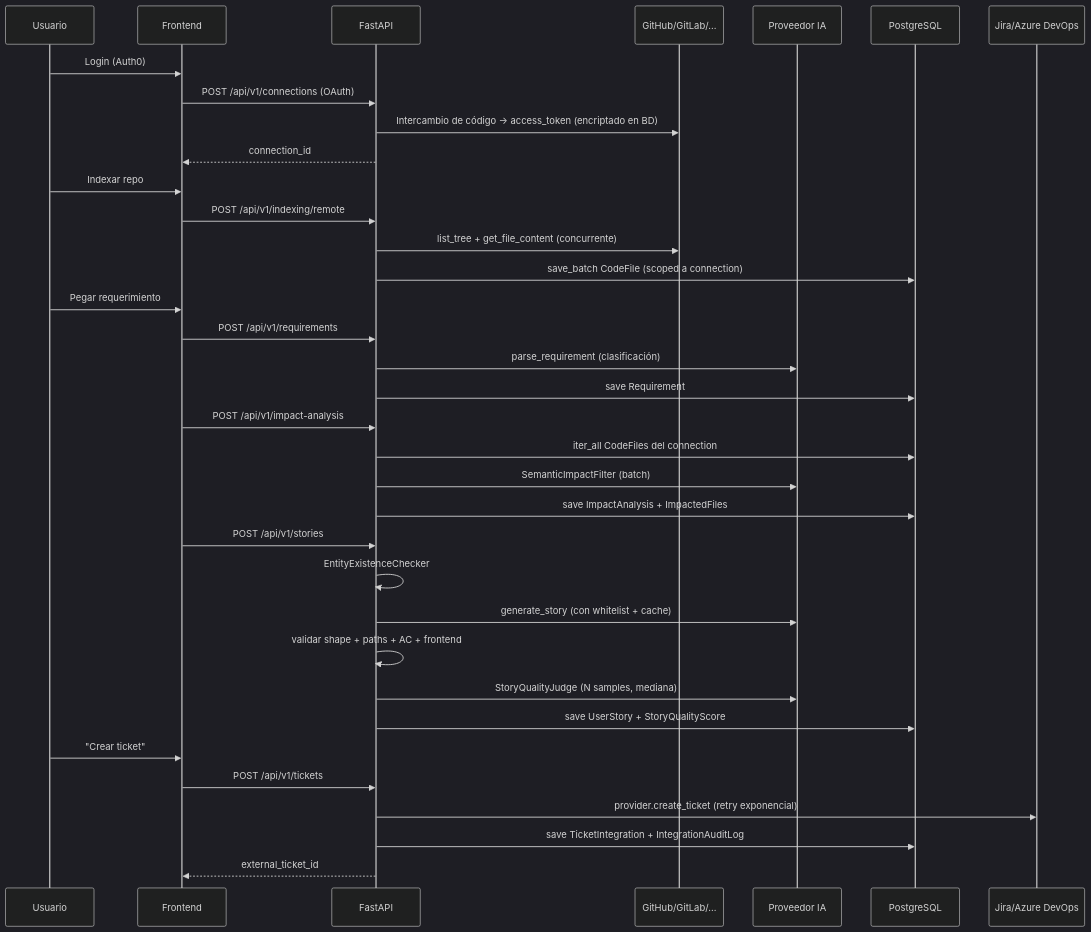
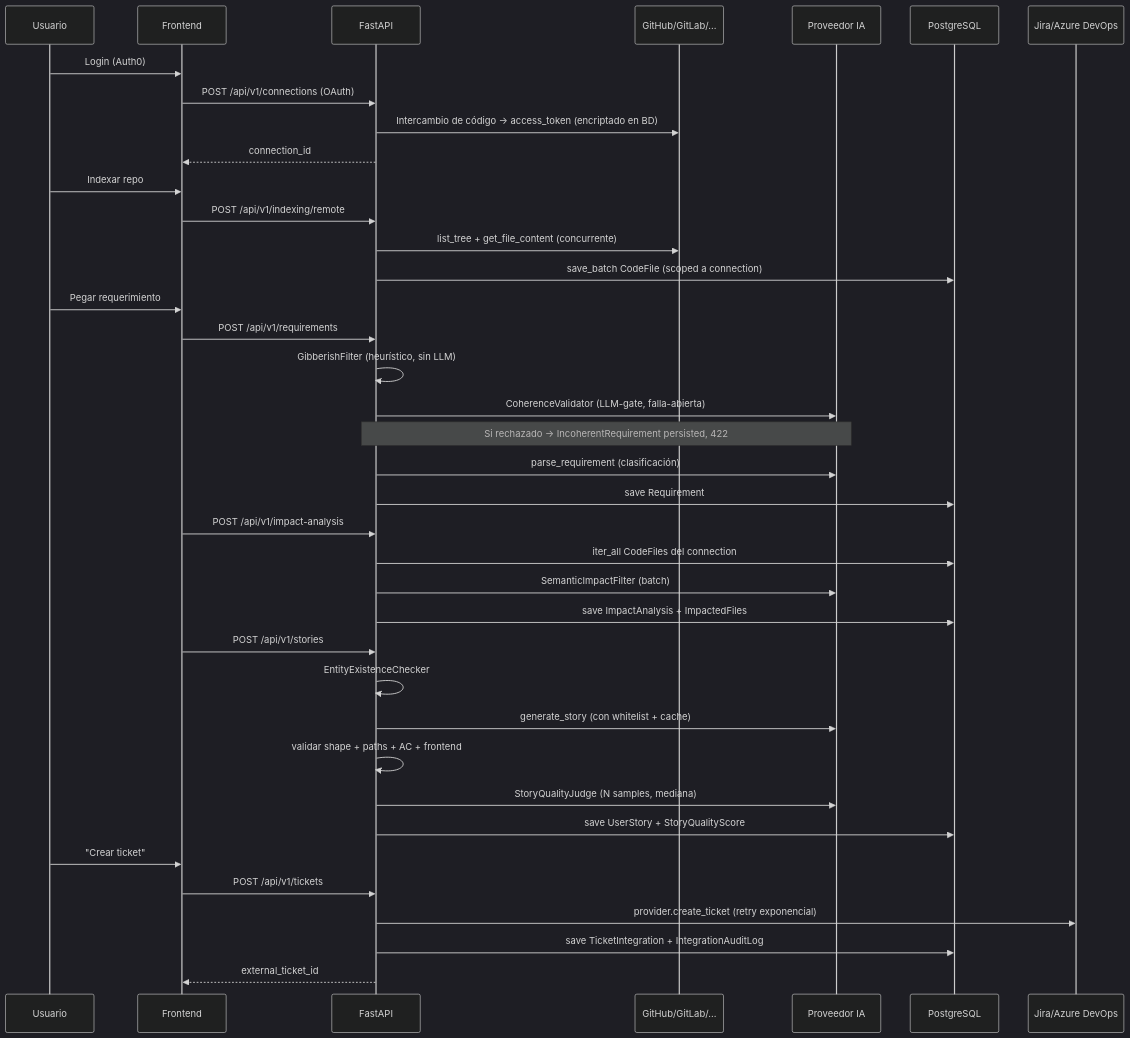
The tenth of 10 diagrams in docs/arquitectura.md (cfgomez86/bridgeai), drawn with Mermaid (dark theme) before and after one commit. The commit also changed other lines of this file and 23 other files, not shown here.

````diff
--- a/docs/arquitectura.md
+++ b/docs/arquitectura.md
@@ -317,43 +330,46 @@
 ```mermaid
 sequenceDiagram
     participant U as Usuario
     participant FE as Frontend
     participant API as FastAPI
     participant SCM as GitHub/GitLab/...
     participant AI as Proveedor IA
     participant DB as PostgreSQL
     participant TIX as Jira/Azure DevOps
 
     U->>FE: Login (Auth0)
     FE->>API: POST /api/v1/connections (OAuth)
     API->>SCM: Intercambio de código → access_token (encriptado en BD)
     API-->>FE: connection_id
 
     U->>FE: Indexar repo
     FE->>API: POST /api/v1/indexing/remote
     API->>SCM: list_tree + get_file_content (concurrente)
     API->>DB: save_batch CodeFile (scoped a connection)
 
     U->>FE: Pegar requerimiento
     FE->>API: POST /api/v1/requirements
+    API->>API: GibberishFilter (heurístico, sin LLM)
+    API->>AI: CoherenceValidator (LLM-gate, falla-abierta)
+    Note over API,AI: Si rechazado → IncoherentRequirement persisted, 422
     API->>AI: parse_requirement (clasificación)
     API->>DB: save Requirement
 
     FE->>API: POST /api/v1/impact-analysis
     API->>DB: iter_all CodeFiles del connection
     API->>AI: SemanticImpactFilter (batch)
     API->>DB: save ImpactAnalysis + ImpactedFiles
 
     FE->>API: POST /api/v1/stories
     API->>API: EntityExistenceChecker
     API->>AI: generate_story (con whitelist + cache)
     API->>API: validar shape + paths + AC + frontend
     API->>AI: StoryQualityJudge (N samples, mediana)
     API->>DB: save UserStory + StoryQualityScore
 
     U->>FE: "Crear ticket"
     FE->>API: POST /api/v1/tickets
     API->>TIX: provider.create_ticket (retry exponencial)
     API->>DB: save TicketIntegration + IntegrationAuditLog
     API-->>FE: external_ticket_id
 ```
````
